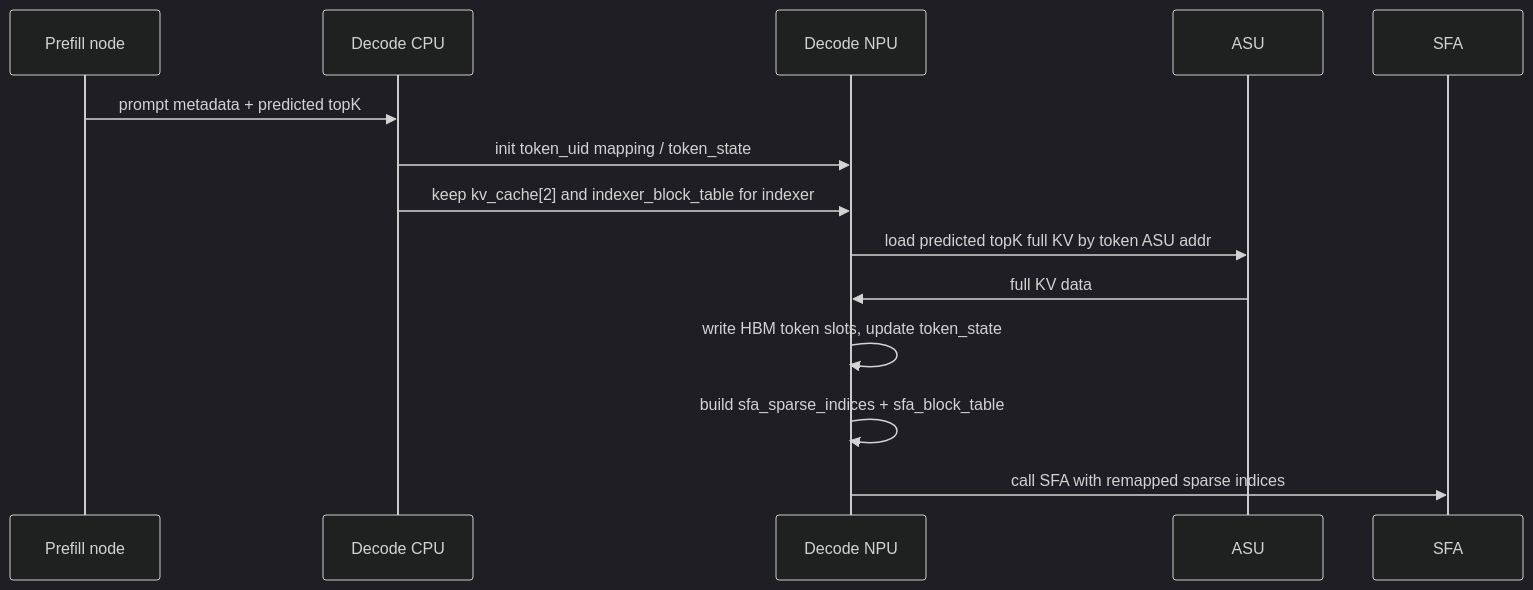
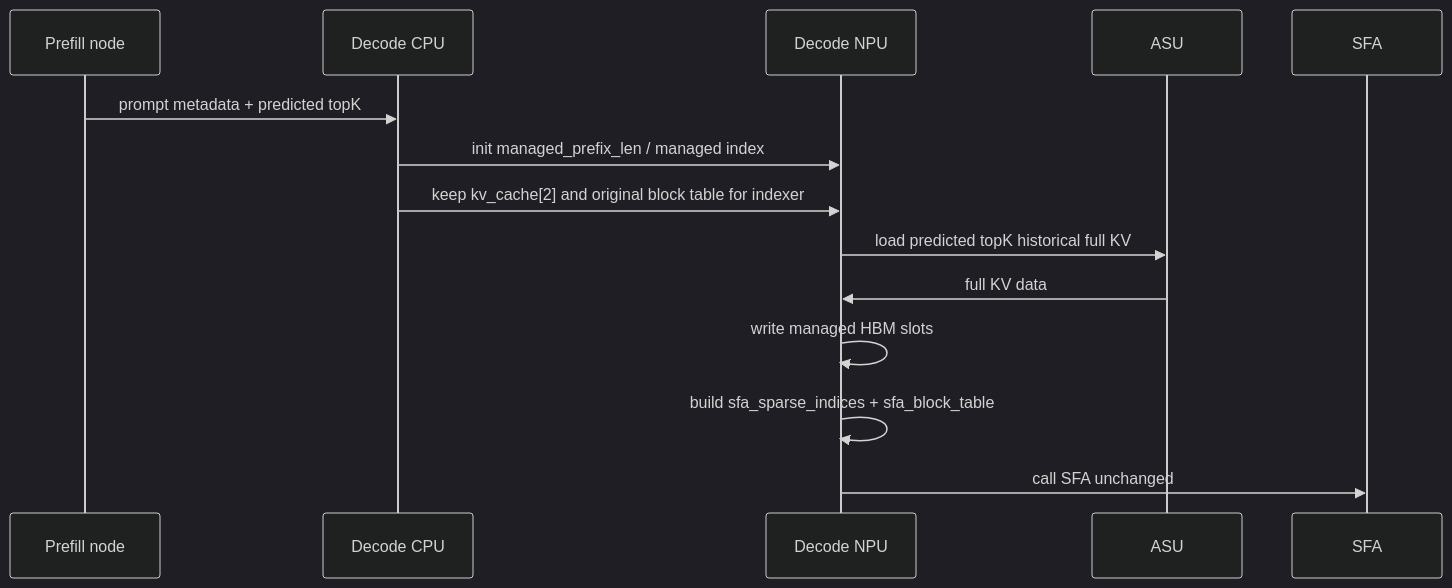
The second of 6 diagrams in docs/draft/2026-06-02-npu-hbm-kvcache-management-draft.md (ykfnxx/ASU-Ascend), drawn with Mermaid (dark theme) before and after one commit. The commit also changed other lines of this file, not shown here.

Commit message:
Split KVCache managed and tail lookup paths

````diff
--- a/docs/draft/2026-06-02-npu-hbm-kvcache-management-draft.md
+++ b/docs/draft/2026-06-02-npu-hbm-kvcache-management-draft.md
@@ -399,17 +428,17 @@
 ```mermaid
 sequenceDiagram
     participant P as Prefill node
     participant D as Decode CPU
     participant N as Decode NPU
     participant A as ASU
     participant S as SFA
 
     P->>D: prompt metadata + predicted topK
-    D->>N: init token_uid mapping / token_state
-    D->>N: keep kv_cache[2] and indexer_block_table for indexer
-    N->>A: load predicted topK full KV by token ASU addr
+    D->>N: init managed_prefix_len / managed index
+    D->>N: keep kv_cache[2] and original block table for indexer
+    N->>A: load predicted topK historical full KV
     A->>N: full KV data
-    N->>N: write HBM token slots, update token_state
+    N->>N: write managed HBM slots
     N->>N: build sfa_sparse_indices + sfa_block_table
-    N->>S: call SFA with remapped sparse indices
+    N->>S: call SFA unchanged
 ```
````
